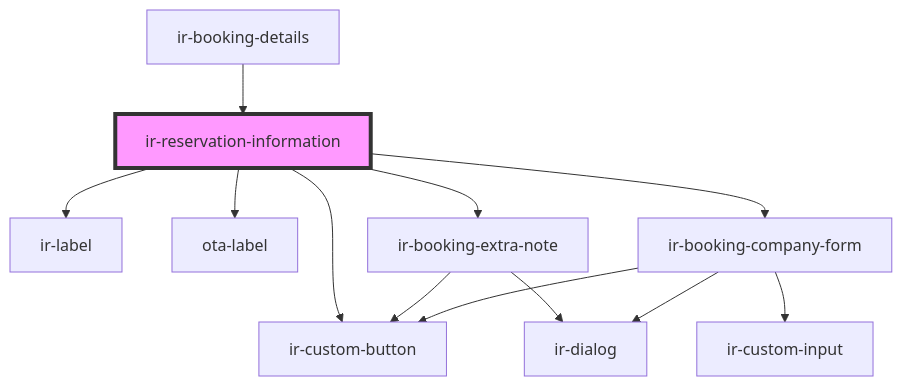
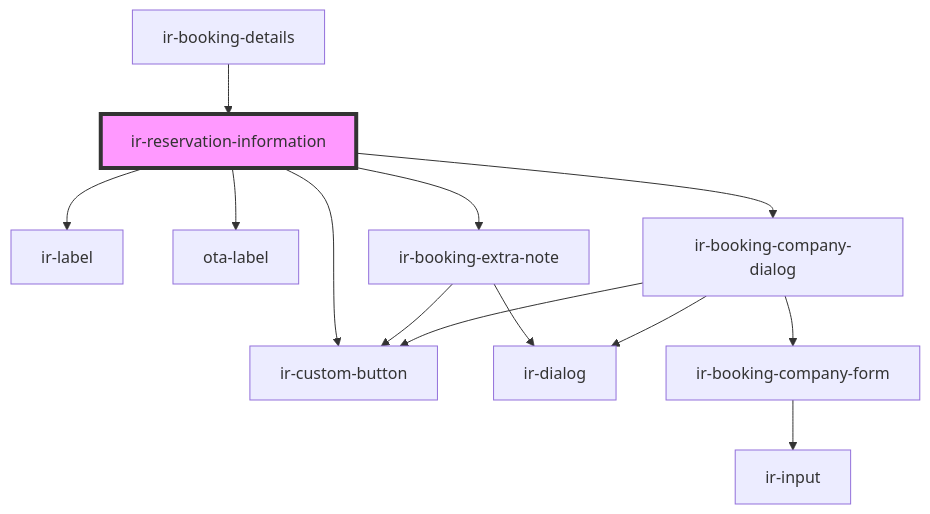
Before and after one commit to RonyRizk/ir-webcmp: the diagram in src/components/ir-booking-details/ir-reservation-information/readme.md, drawn with Mermaid. The commit also changed other lines of this file and 433 other files, not shown here.

````diff
--- a/src/components/ir-booking-details/ir-reservation-information/readme.md
+++ b/src/components/ir-booking-details/ir-reservation-information/readme.md
@@ -38,15 +38,16 @@
 ```mermaid
 graph TD;
   ir-reservation-information --> ir-label
   ir-reservation-information --> ir-custom-button
   ir-reservation-information --> ota-label
   ir-reservation-information --> ir-booking-extra-note
-  ir-reservation-information --> ir-booking-company-form
+  ir-reservation-information --> ir-booking-company-dialog
   ir-booking-extra-note --> ir-dialog
   ir-booking-extra-note --> ir-custom-button
-  ir-booking-company-form --> ir-dialog
-  ir-booking-company-form --> ir-custom-input
-  ir-booking-company-form --> ir-custom-button
+  ir-booking-company-dialog --> ir-dialog
+  ir-booking-company-dialog --> ir-booking-company-form
+  ir-booking-company-dialog --> ir-custom-button
+  ir-booking-company-form --> ir-input
   ir-booking-details --> ir-reservation-information
   style ir-reservation-information fill:#f9f,stroke:#333,stroke-width:4px
 ```
````
